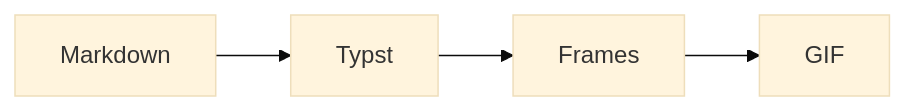
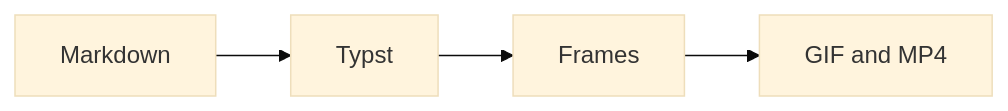
Before and after one commit to mborejdo/flipcard: the diagram in examples/film/slides.md, drawn with Mermaid (base theme). The commit also changed other lines of this file and 16 other files, not shown here.

````diff
--- a/examples/film/slides.md
+++ b/examples/film/slides.md
@@ -37,4 +35,4 @@
 ```mermaid steps h=7
 flowchart LR
-  md[Markdown] --> typst[Typst] --> frames[Frames] --> gif[GIF]
+  md[Markdown] --> typst[Typst] --> frames[Frames] --> films[GIF and MP4]
 ```
````
